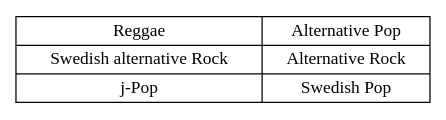
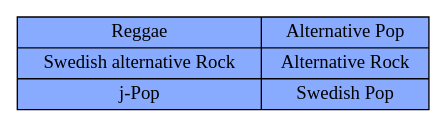
The diagram in rst/5_provider/figs/tree_input.dot (sahib/libmunin-thesis), drawn with Graphviz before and after one commit. The commit also changed 26 other files, not shown here.

Commit message:
Added some colors to the graphics.

```diff
--- a/rst/5_provider/figs/tree_input.dot
+++ b/rst/5_provider/figs/tree_input.dot
@@ -1,9 +1,9 @@
 digraph {
     size=4; 
-    node [shape=record];
+    node [shape=record, style=filled, fillcolor="#88aaff", fontname="monoOne"];
     splines=false;
 
     subgraph {
         core [label="{Reggae | Swedish alternative Rock | j-Pop} | {Alternative Pop | Alternative Rock | Swedish Pop}"];
     }
 }
```
